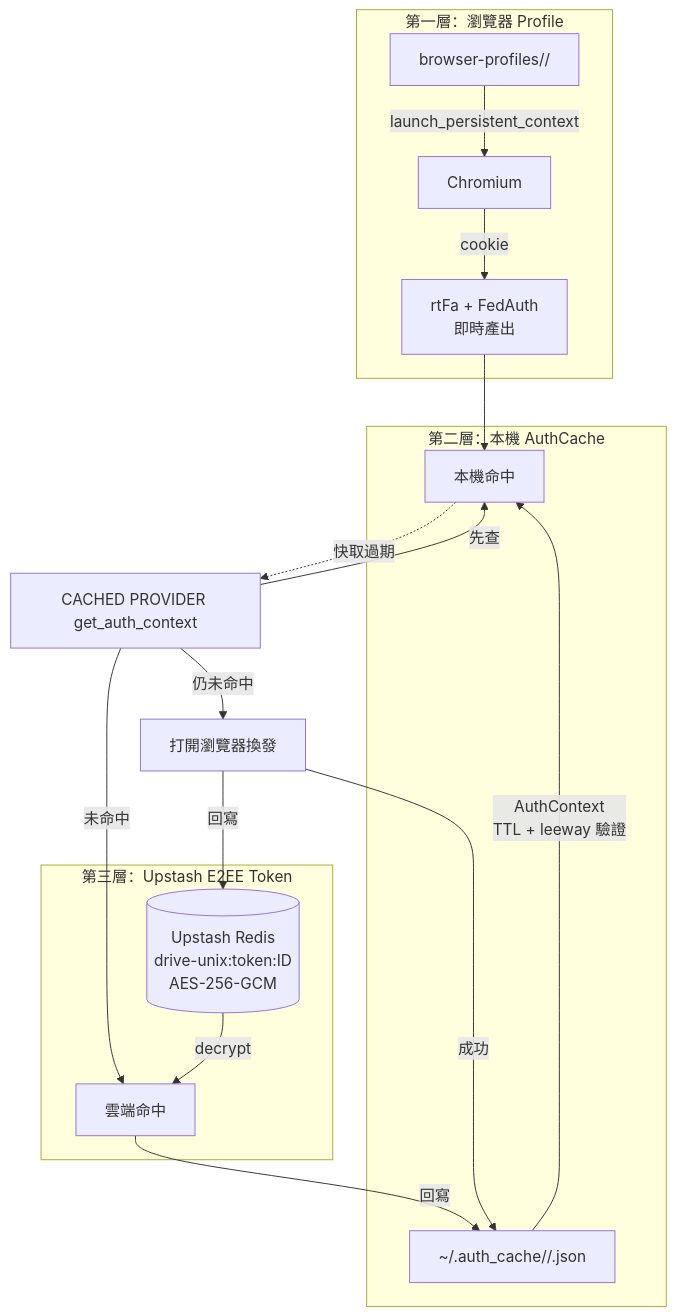
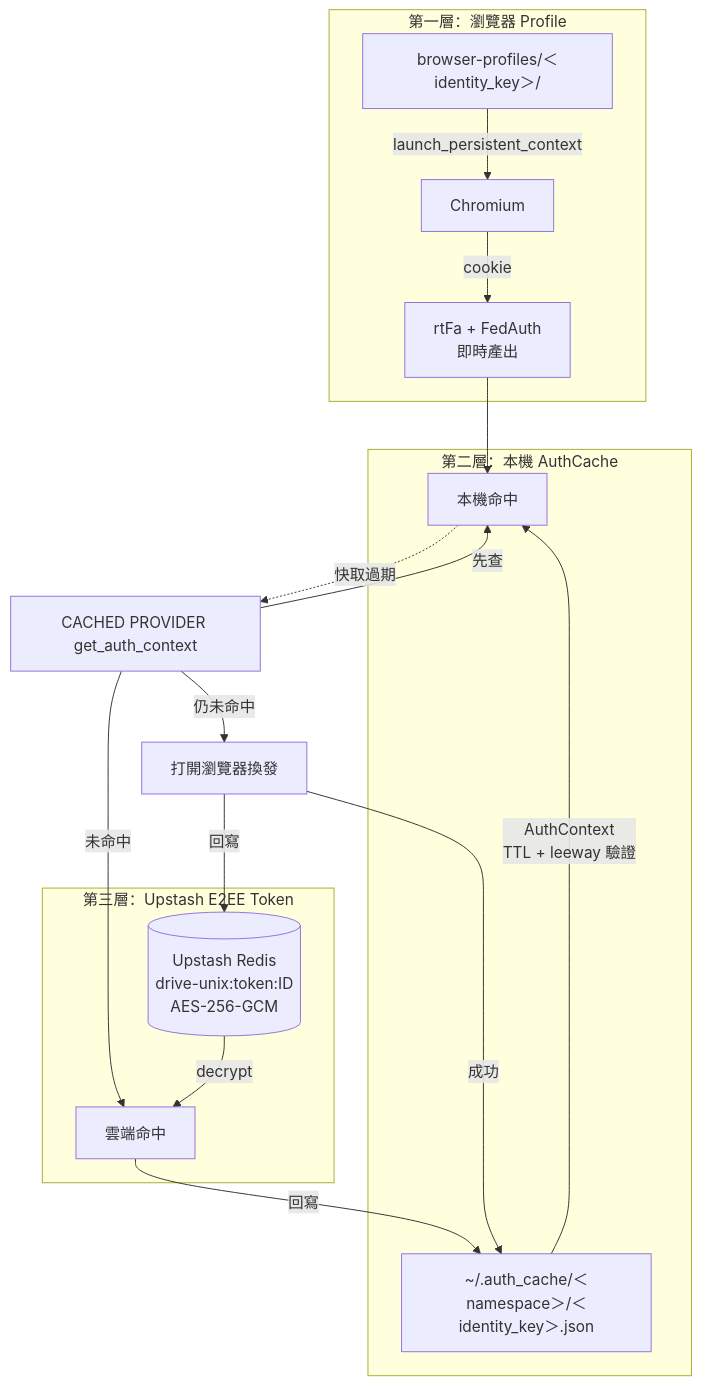
Before and after one commit to s96281/drive-unix: the second of 6 diagrams in docs/mechanisms/03-authentication-and-credentials.md, drawn with Mermaid. The commit also changed other lines of this file and 11 other files, not shown here.

Commit message:
docs(mechanisms): quote all mermaid labels to fix rendering

````diff
--- a/docs/mechanisms/03-authentication-and-credentials.md
+++ b/docs/mechanisms/03-authentication-and-credentials.md
@@ -29,24 +29,24 @@
 ```mermaid
 flowchart TB
-    subgraph Layer1[第一層：瀏覽器 Profile]
-        P[browser-profiles/<identity_key>/]
-        P -->|launch_persistent_context| Chromium[Chromium]
-        Chromium -->|cookie| JIT[rtFa + FedAuth<br/>即時產出]
+    subgraph Layer1["第一層：瀏覽器 Profile"]
+        P["browser-profiles/＜identity_key＞/"]
+        P -->|launch_persistent_context| Chromium["Chromium"]
+        Chromium -->|cookie| JIT["rtFa + FedAuth<br/>即時產出"]
     end
-    subgraph Layer2[第二層：本機 AuthCache]
-        C[~/.auth_cache/<namespace>/<identity_key>.json]
-        C -->|AuthContext<br/>TTL + leeway 驗證| L2[本機命中]
+    subgraph Layer2["第二層：本機 AuthCache"]
+        C["~/.auth_cache/＜namespace＞/＜identity_key＞.json"]
+        C -->|AuthContext<br/>TTL + leeway 驗證| L2["本機命中"]
     end
-    subgraph Layer3[第三層：Upstash E2EE Token]
-        U[(Upstash Redis<br/>drive-unix:token:ID<br/>AES-256-GCM)]
-        U -->|decrypt| L3[雲端命中]
+    subgraph Layer3["第三層：Upstash E2EE Token"]
+        U[("Upstash Redis<br/>drive-unix:token:ID<br/>AES-256-GCM")]
+        U -->|decrypt| L3["雲端命中"]
         L3 -->|回寫| C
     end
     JIT --> L2
-    L2 -.快取過期.-> Get[CACHED PROVIDER get_auth_context]
+    L2 -. 快取過期 .-> Get["CACHED PROVIDER get_auth_context"]
     Get -->|先查| L2
     Get -->|未命中| L3
-    Get -->|仍未命中| Refresh[打開瀏覽器換發]
+    Get -->|仍未命中| Refresh["打開瀏覽器換發"]
     Refresh -->|成功| C
     Refresh -->|回寫| U
 ```
````
